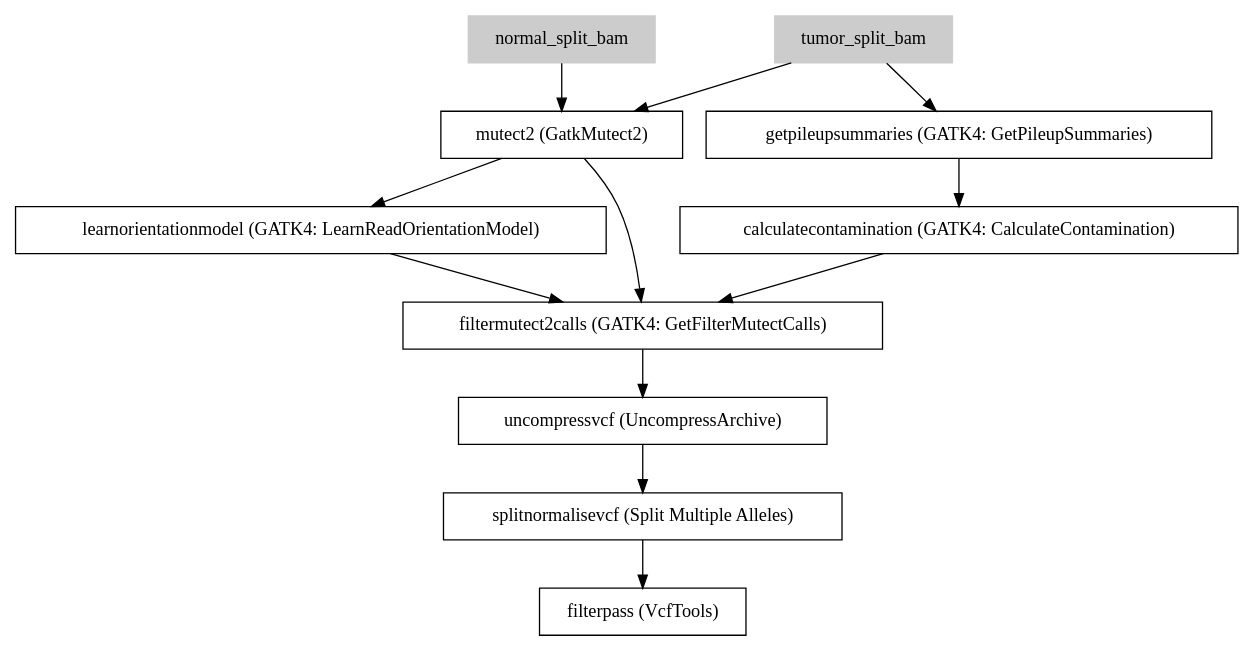
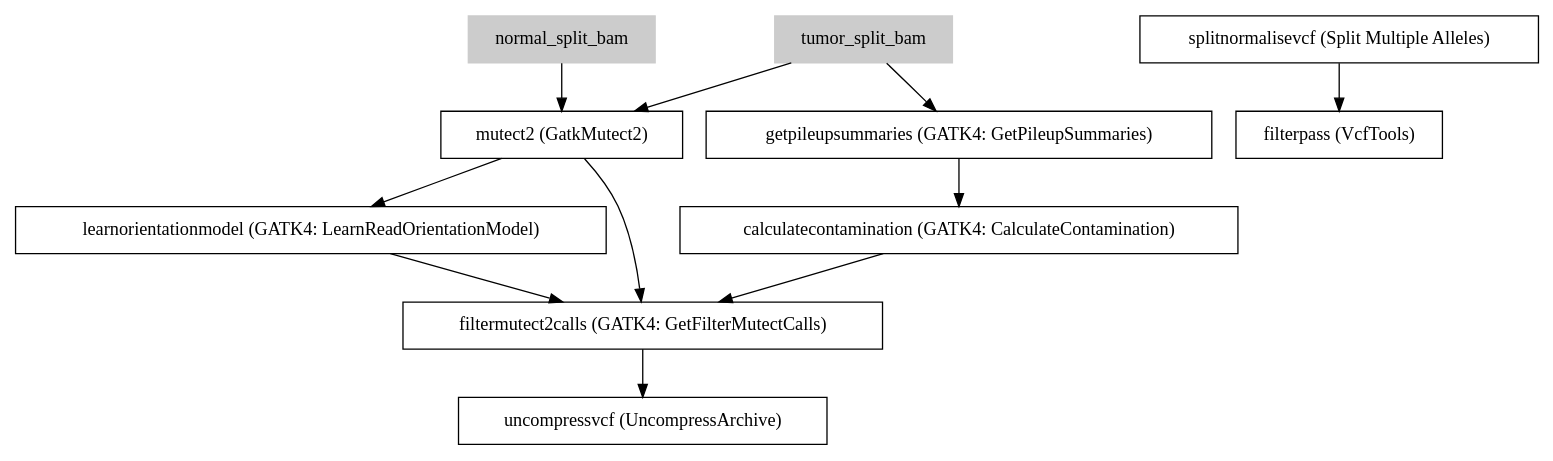
The diagram in docs/tools/bioinformatics/variant callers/GATK4_SomaticVariantCaller_4_1_3_0.dot (PMCC-BioinformaticsCore/janis), drawn with Graphviz before and after one commit. The commit also changed 659 other files, not shown here.

```diff
--- a/docs/tools/bioinformatics/variant callers/GATK4_SomaticVariantCaller_4_1_3_0.dot
+++ b/docs/tools/bioinformatics/variant callers/GATK4_SomaticVariantCaller_4_1_3_0.dot
@@ -1,25 +1,24 @@
 // GATK4 Somatic Variant Caller
 digraph GATK4_SomaticVariantCaller {
 	node [shape=record]
 	normal_split_bam [label=normal_split_bam color=grey80 style=filled]
 	tumor_split_bam [label=tumor_split_bam color=grey80 style=filled]
 	mutect2 [label="mutect2 (GatkMutect2)"]
 	learnorientationmodel [label="learnorientationmodel (GATK4: LearnReadOrientationModel)"]
 	getpileupsummaries [label="getpileupsummaries (GATK4: GetPileupSummaries)"]
 	calculatecontamination [label="calculatecontamination (GATK4: CalculateContamination)"]
 	filtermutect2calls [label="filtermutect2calls (GATK4: GetFilterMutectCalls)"]
 	uncompressvcf [label="uncompressvcf (UncompressArchive)"]
 	splitnormalisevcf [label="splitnormalisevcf (Split Multiple Alleles)"]
 	filterpass [label="filterpass (VcfTools)"]
+	tumor_split_bam -> mutect2
 	normal_split_bam -> mutect2
-	tumor_split_bam -> mutect2
 	mutect2 -> learnorientationmodel
 	tumor_split_bam -> getpileupsummaries
 	getpileupsummaries -> calculatecontamination
 	learnorientationmodel -> filtermutect2calls
 	calculatecontamination -> filtermutect2calls
 	mutect2 -> filtermutect2calls
 	filtermutect2calls -> uncompressvcf
-	uncompressvcf -> splitnormalisevcf
 	splitnormalisevcf -> filterpass
 }
```
